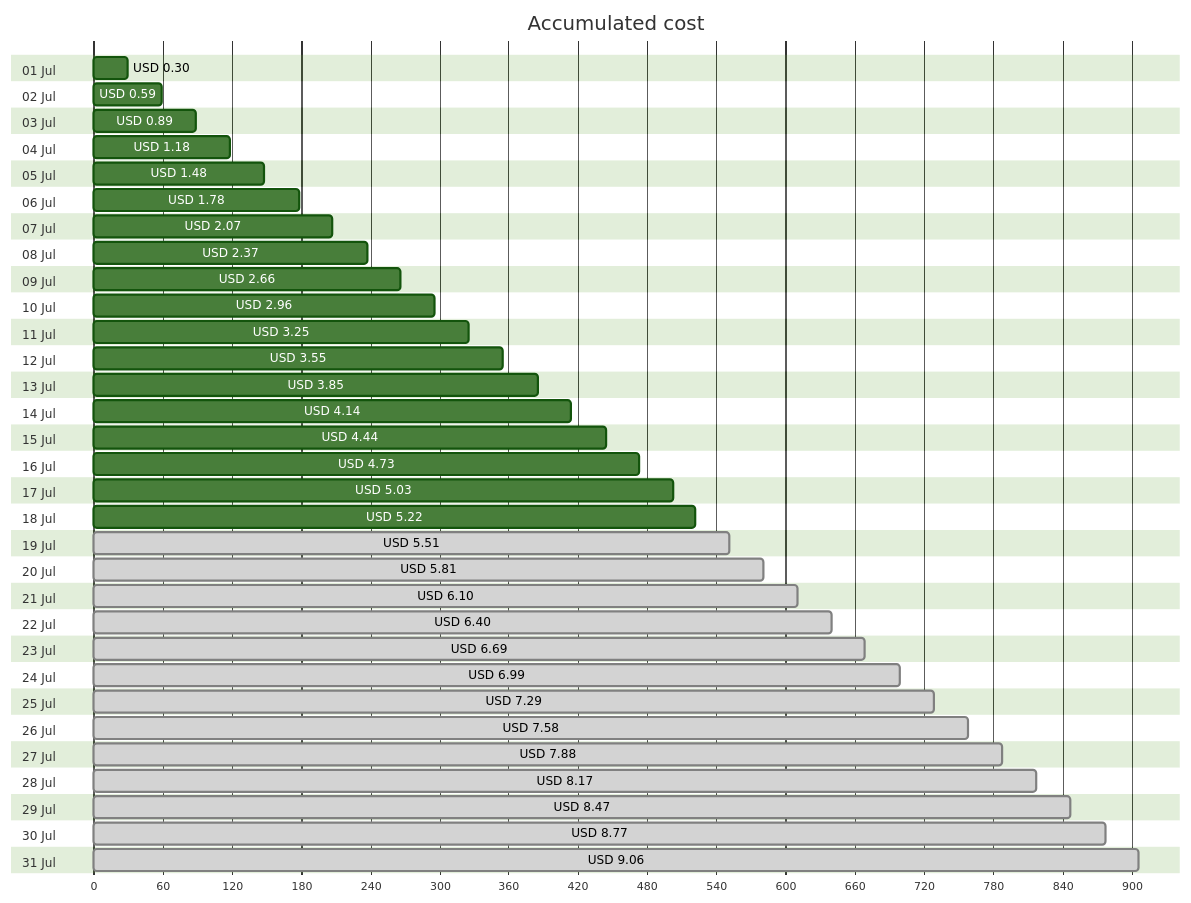
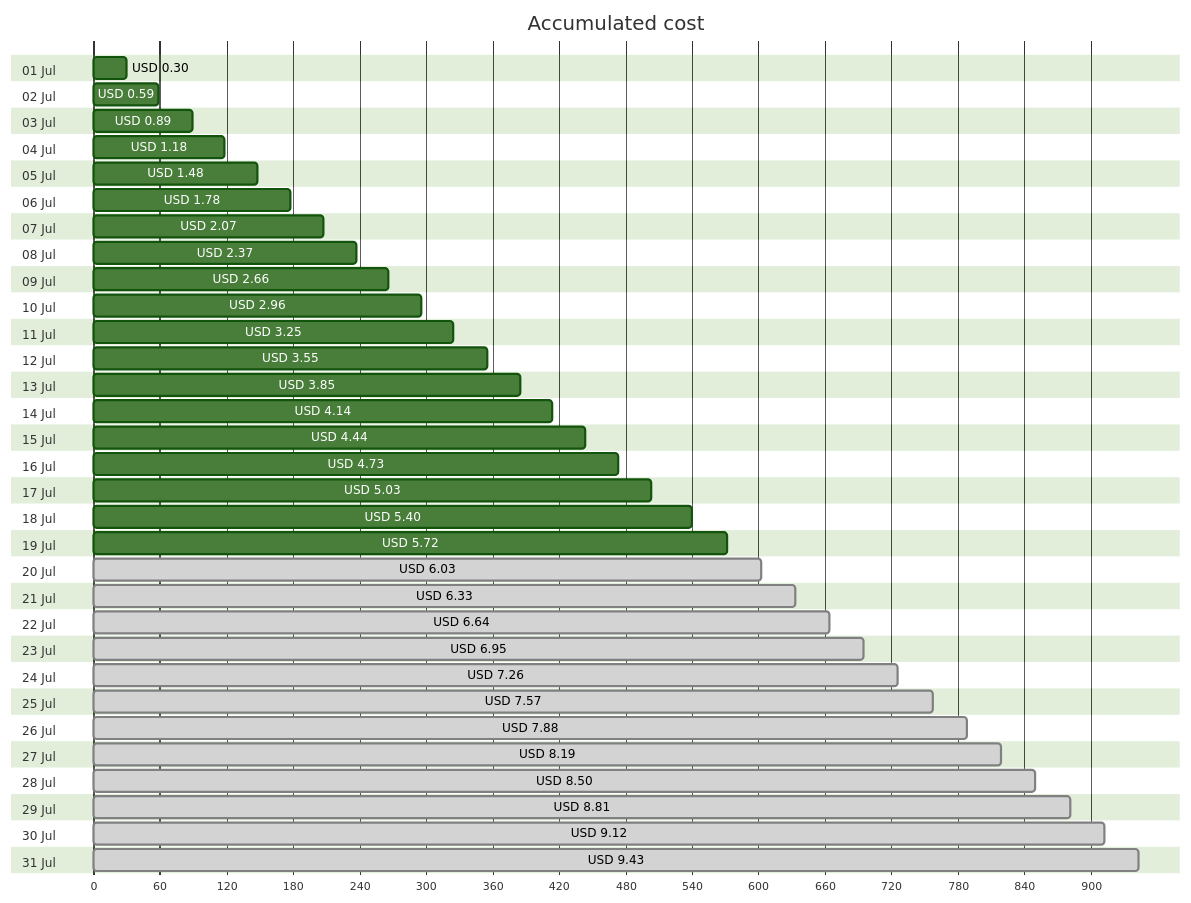
One commit to jpfulton/azure-personal-reports changed the first of 4 diagrams in cost-reports/personal-site/personal-site-preview.md. Above: the diagram before and after it, drawn with Mermaid (forest theme). The commit also changed other lines of this file and 6 other files, not shown here.

````diff
--- a/cost-reports/personal-site/personal-site-preview.md
+++ b/cost-reports/personal-site/personal-site-preview.md
@@ -20,68 +20,68 @@
 ```mermaid
 gantt
    title Accumulated cost
    dateFormat  X
    axisFormat %s
    section 01 Jul
    USD 0.30 :0, 30
    section 02 Jul
    USD 0.59 :0, 59
    section 03 Jul
    USD 0.89 :0, 89
    section 04 Jul
    USD 1.18 :0, 118
    section 05 Jul
    USD 1.48 :0, 148
    section 06 Jul
    USD 1.78 :0, 178
    section 07 Jul
    USD 2.07 :0, 207
    section 08 Jul
    USD 2.37 :0, 237
    section 09 Jul
    USD 2.66 :0, 266
    section 10 Jul
    USD 2.96 :0, 296
    section 11 Jul
    USD 3.25 :0, 325
    section 12 Jul
    USD 3.55 :0, 355
    section 13 Jul
    USD 3.85 :0, 385
    section 14 Jul
    USD 4.14 :0, 414
    section 15 Jul
    USD 4.44 :0, 444
    section 16 Jul
    USD 4.73 :0, 473
    section 17 Jul
    USD 5.03 :0, 503
    section 18 Jul
-   USD 5.22 :0, 522
+   USD 5.40 :0, 540
    section 19 Jul
-   USD 5.51 : done, 0, 551
+   USD 5.72 :0, 572
    section 20 Jul
-   USD 5.81 : done, 0, 581
+   USD 6.03 : done, 0, 603
    section 21 Jul
-   USD 6.10 : done, 0, 610
+   USD 6.33 : done, 0, 633
    section 22 Jul
-   USD 6.40 : done, 0, 640
+   USD 6.64 : done, 0, 664
    section 23 Jul
-   USD 6.69 : done, 0, 669
+   USD 6.95 : done, 0, 695
    section 24 Jul
-   USD 6.99 : done, 0, 699
+   USD 7.26 : done, 0, 726
    section 25 Jul
-   USD 7.29 : done, 0, 729
+   USD 7.57 : done, 0, 757
    section 26 Jul
-   USD 7.58 : done, 0, 758
+   USD 7.88 : done, 0, 788
    section 27 Jul
-   USD 7.88 : done, 0, 788
+   USD 8.19 : done, 0, 819
    section 28 Jul
-   USD 8.17 : done, 0, 817
+   USD 8.50 : done, 0, 850
    section 29 Jul
-   USD 8.47 : done, 0, 847
+   USD 8.81 : done, 0, 881
    section 30 Jul
-   USD 8.77 : done, 0, 877
+   USD 9.12 : done, 0, 912
    section 31 Jul
-   USD 9.06 : done, 0, 906
+   USD 9.43 : done, 0, 943
 ```
````
